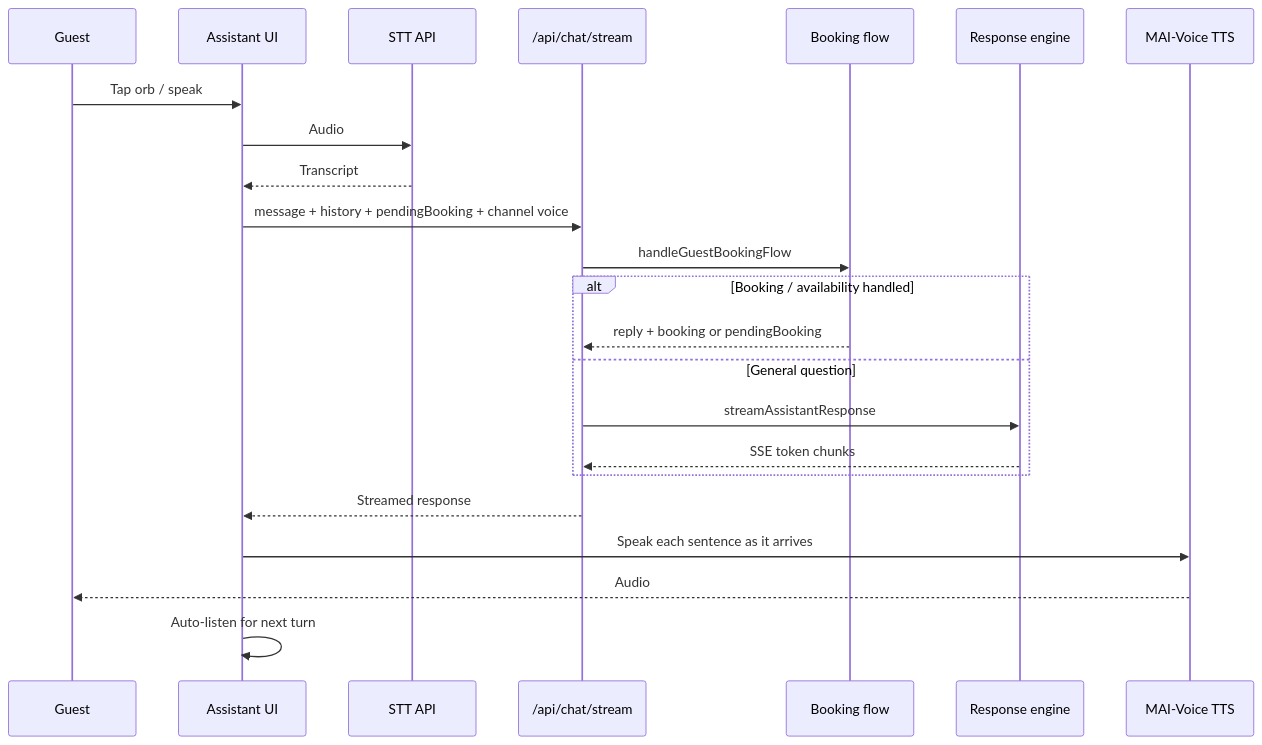
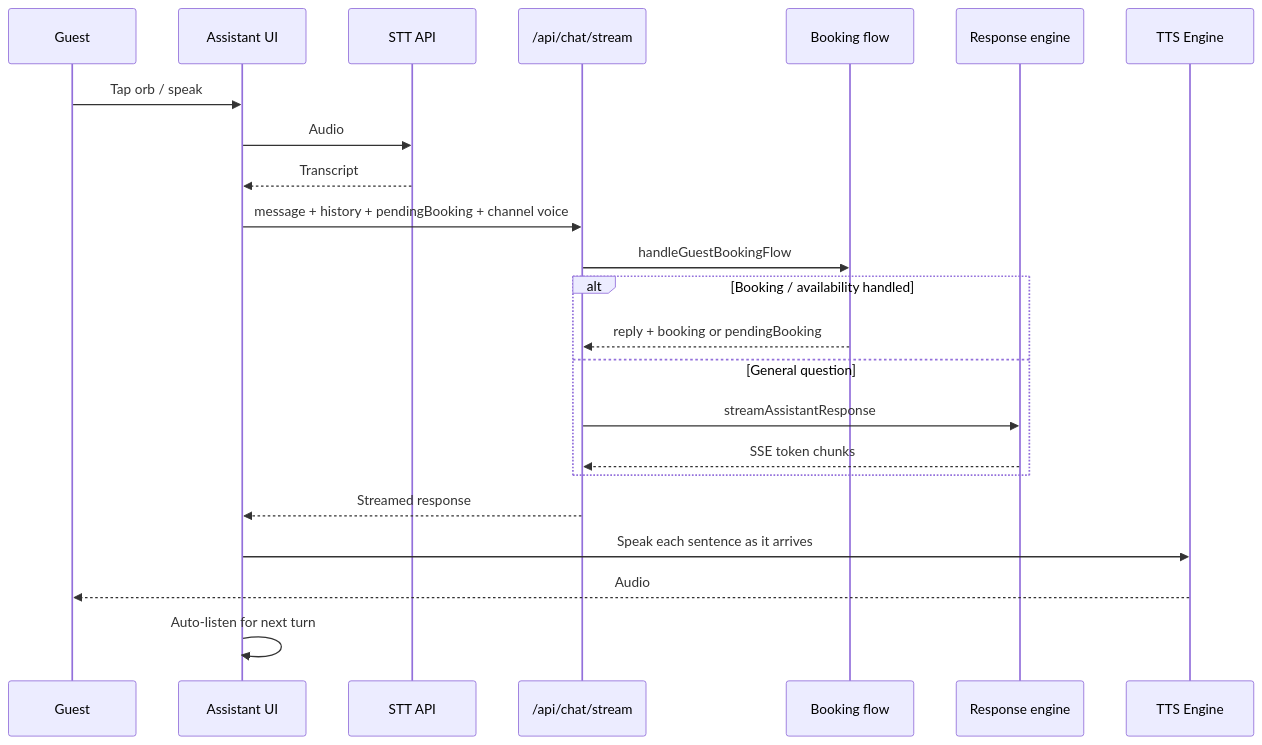
One commit to prabin923/Voice-assistant changed the sixth of 7 diagrams in README.md. Above: the diagram before and after it, drawn with Mermaid. The commit also changed other lines of this file, not shown here.

````diff
--- a/README.md
+++ b/README.md
@@ -214,26 +282,26 @@
 ```mermaid
 sequenceDiagram
   participant G as Guest
   participant UI as Assistant UI
   participant STT as STT API
   participant Chat as /api/chat/stream
   participant BF as Booking flow
   participant AI as Response engine
-  participant TTS as MAI-Voice TTS
+  participant TTS as TTS Engine
 
   G->>UI: Tap orb / speak
   UI->>STT: Audio
   STT-->>UI: Transcript
   UI->>Chat: message + history + pendingBooking + channel voice
   Chat->>BF: handleGuestBookingFlow
   alt Booking / availability handled
     BF-->>Chat: reply + booking or pendingBooking
   else General question
     Chat->>AI: streamAssistantResponse
     AI-->>Chat: SSE token chunks
   end
   Chat-->>UI: Streamed response
   UI->>TTS: Speak each sentence as it arrives
   TTS-->>G: Audio
   UI->>UI: Auto-listen for next turn
 ```
````
